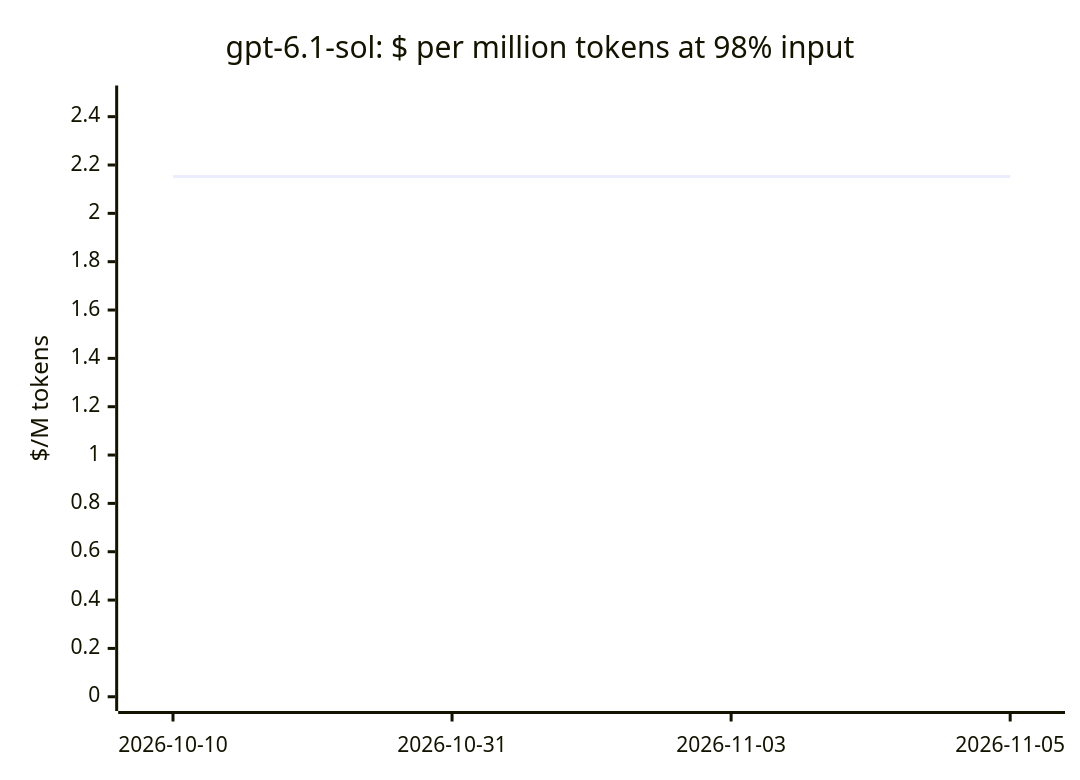
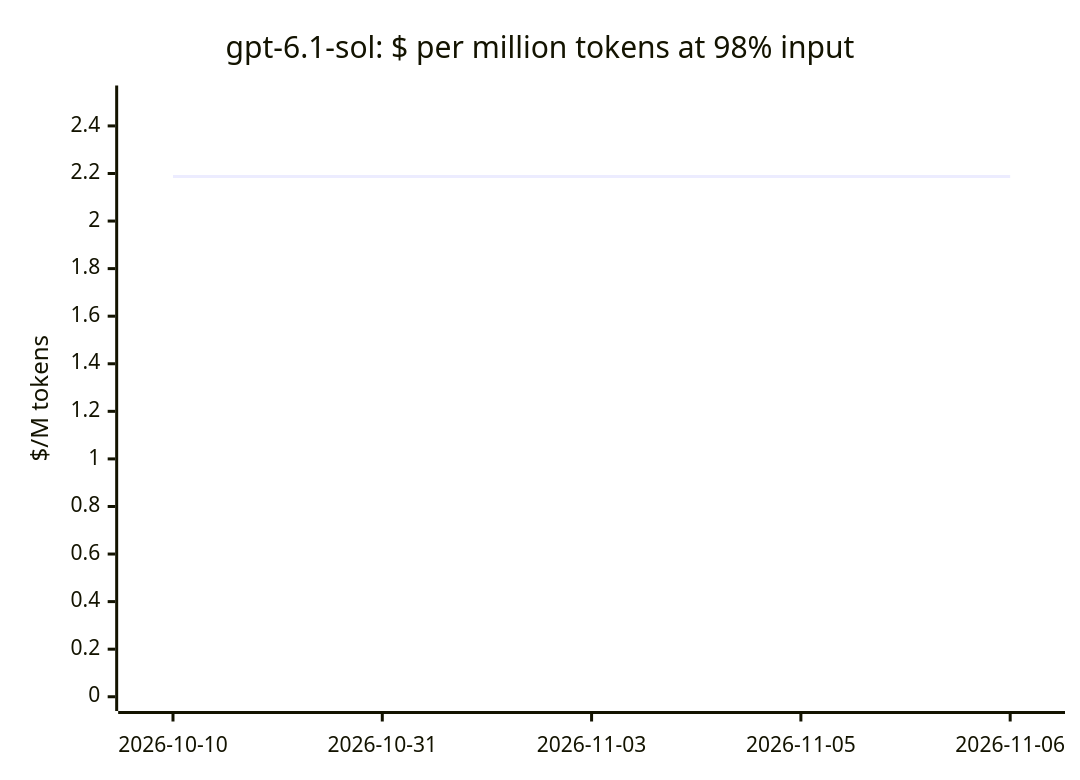
Before and after one commit to cklukas/OMEGA_TRANSFORM: diagram 14 of 20 in docs/openrouter-models.md, drawn with Mermaid. The commit also changed other lines of this file and 103 other files, not shown here.

````diff
--- a/docs/openrouter-models.md
+++ b/docs/openrouter-models.md
@@ -259,7 +258,7 @@
 ```mermaid
 xychart-beta
     title "gpt-6.1-sol: $ per million tokens at 98% input"
-    x-axis ["2026-10-10", "2026-10-31", "2026-11-03", "2026-11-05"]
-    y-axis "$/M tokens" 0 --> 2.47
-    line [2.152, 2.152, 2.152, 2.152]
+    x-axis ["2026-10-10", "2026-10-31", "2026-11-03", "2026-11-05", "2026-11-06"]
+    y-axis "$/M tokens" 0 --> 2.51
+    line [2.187, 2.187, 2.187, 2.187, 2.187]
 ```
````
